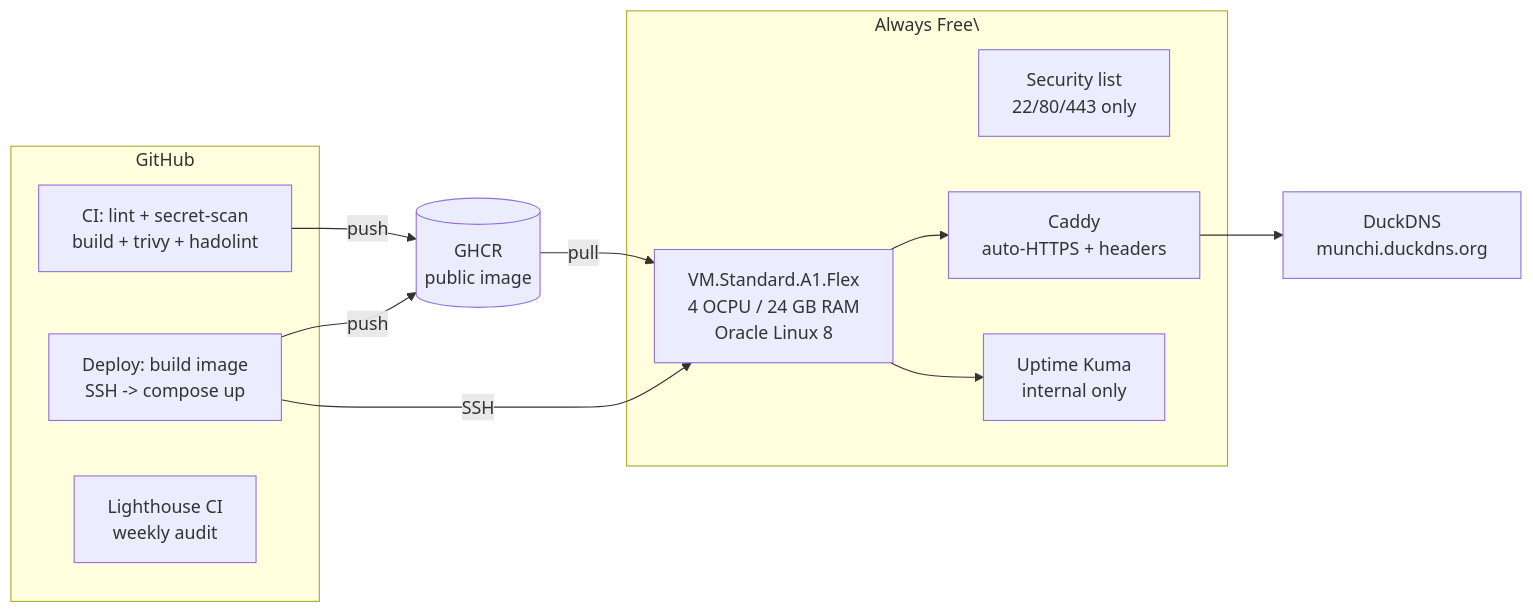
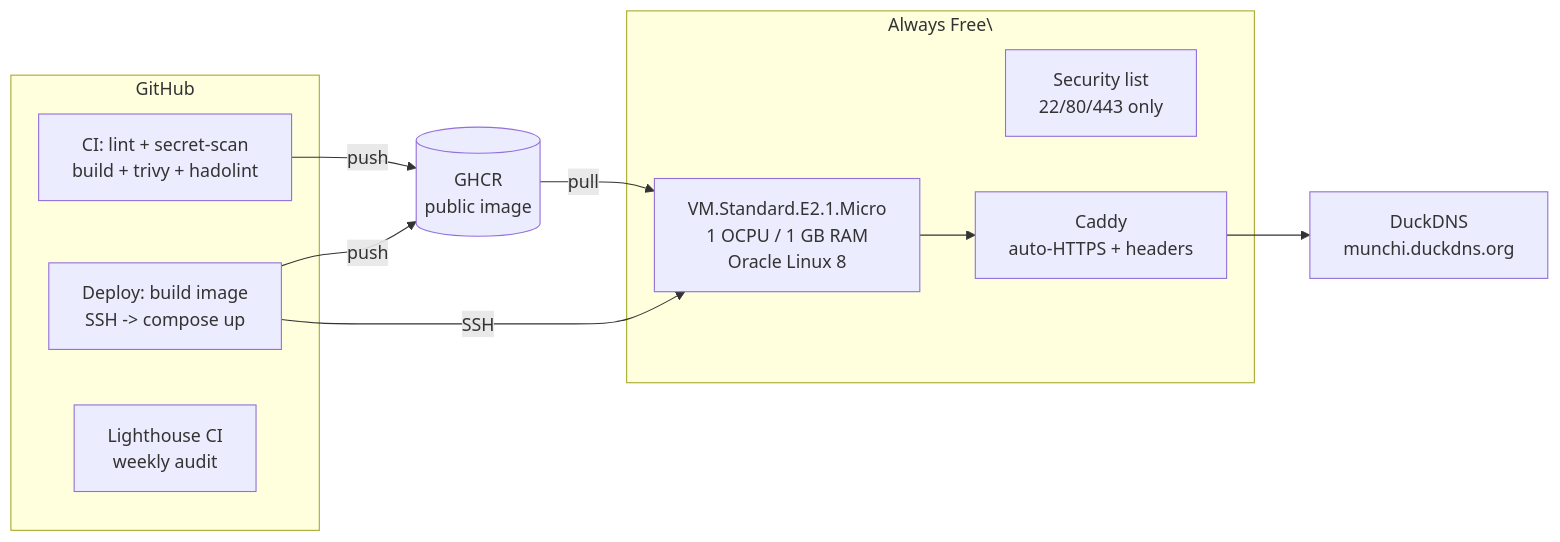
One commit to PavaraM/Munchi-s-Birthday-Letter changed the diagram in README.md. Above: the diagram before and after it, drawn with Mermaid. The commit also changed other lines of this file and 2 other files, not shown here.

First line of the commit message:
docs: document E2.1.Micro fallback, ap-sydney-1 region, Kuma-not-deployed (#10)

````diff
--- a/README.md
+++ b/README.md
@@ -9,27 +9,25 @@
 ```mermaid
 flowchart LR
     subgraph GitHub
         CI[CI: lint + secret-scan<br/>build + trivy + hadolint]
         DEPLOY[Deploy: build image<br/>SSH -> compose up]
         LH[Lighthouse CI<br/>weekly audit]
     end
 
     GHCR[(GHCR<br/>public image)]
 
     subgraph OCI \[Always Free\]
         SL[Security list<br/>22/80/443 only]
-        VM[VM.Standard.A1.Flex<br/>4 OCPU / 24 GB RAM<br/>Oracle Linux 8]
+        VM[VM.Standard.E2.1.Micro<br/>1 OCPU / 1 GB RAM<br/>Oracle Linux 8]
         CADDY[Caddy<br/>auto-HTTPS + headers]
-        KUMA[Uptime Kuma<br/>internal only]
     end
 
     DNS[DuckDNS<br/>munchi.duckdns.org]
 
     CI -->|push| GHCR
     DEPLOY -->|push| GHCR
     GHCR -->|pull| VM
     DEPLOY -->|SSH| VM
     VM --> CADDY
-    VM --> KUMA
     CADDY --> DNS
 ```
````
